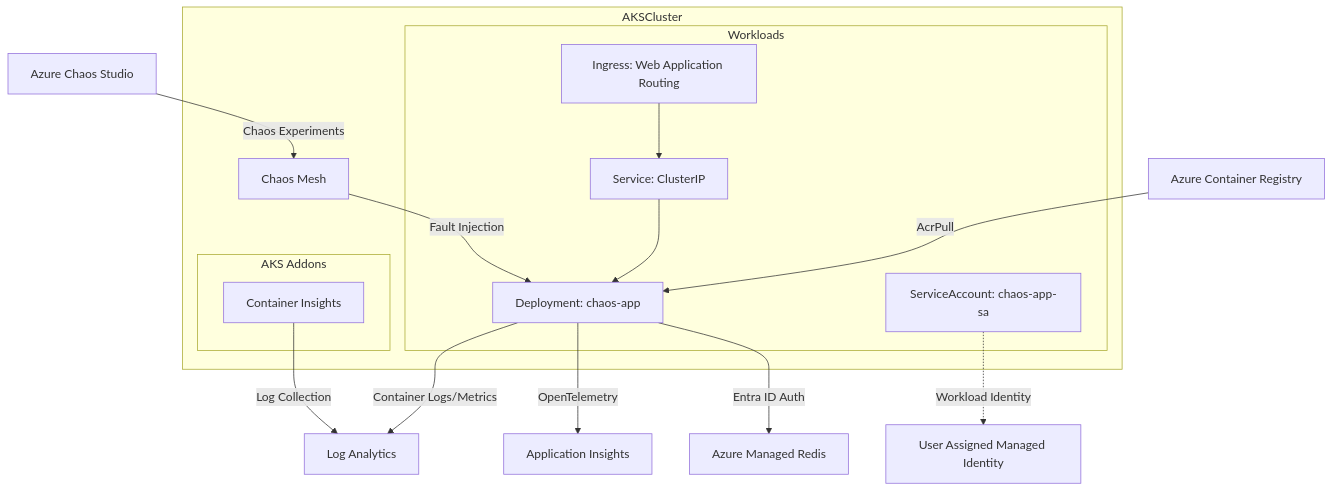
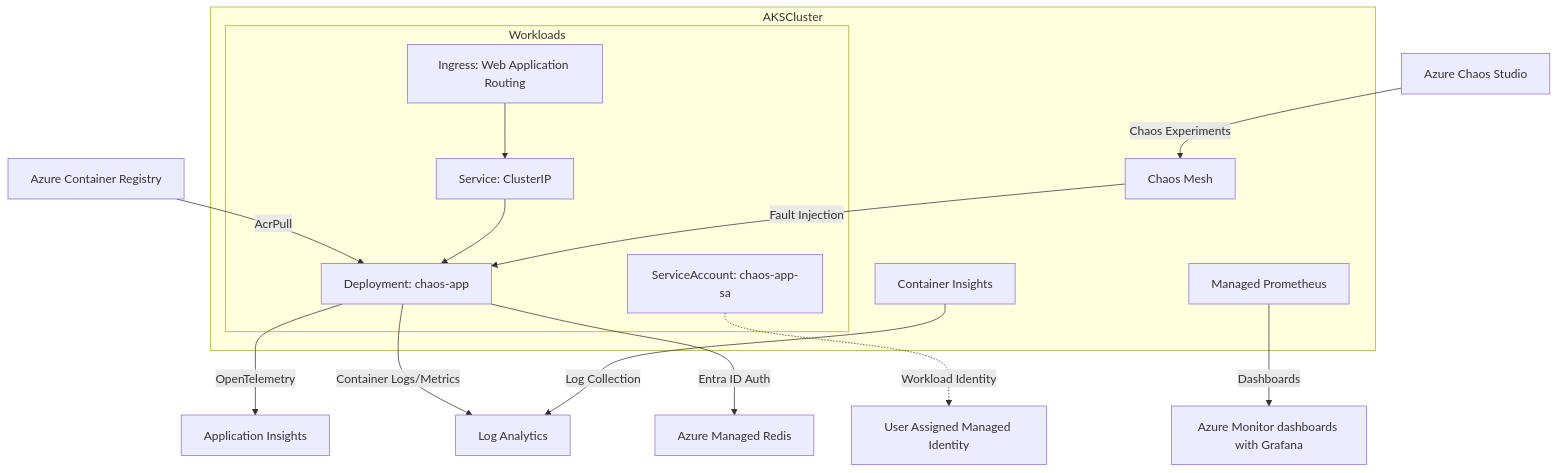
The diagram in README.md (torumakabe/aks-chaos-lab), drawn with Mermaid before and after one commit. The commit also changed 1 other file, not shown here.

Commit message:
docs: improve diagrams

````diff
--- a/README.md
+++ b/README.md
@@ -118,33 +118,34 @@
 ```mermaid
 graph TD
   ACR[Azure Container Registry]
   Redis[Azure Managed Redis]
   LA[Log Analytics]
   AppInsights[Application Insights]
+  Grafana[Azure Monitor dashboards with Grafana]
   CS[Azure Chaos Studio]
   UAMI[User Assigned Managed Identity]
 
   subgraph AKSCluster
     subgraph AKS_Workloads [Workloads]
       Deploy[Deployment: chaos-app]
       Svc[Service: ClusterIP]
       Ingress[Ingress: Web Application Routing]
       SA[ServiceAccount: chaos-app-sa]
     end
-    subgraph AKS_Addons [AKS Addons]
-      CI[Container Insights]
-    end
+    CI[Container Insights]
+    Prom[Managed Prometheus]
     CM[Chaos Mesh]
   end
 
   ACR -->|AcrPull| Deploy
   Svc --> Deploy
   Ingress --> Svc
   Deploy -->|OpenTelemetry| AppInsights
   Deploy -->|Container Logs/Metrics| LA
   Deploy -->|Entra ID Auth| Redis
   SA -.->|Workload Identity| UAMI
   CS -->|Chaos Experiments| CM
   CM -->|Fault Injection| Deploy
   CI -->|Log Collection| LA
+  Prom -->|Dashboards| Grafana
 ```
````
